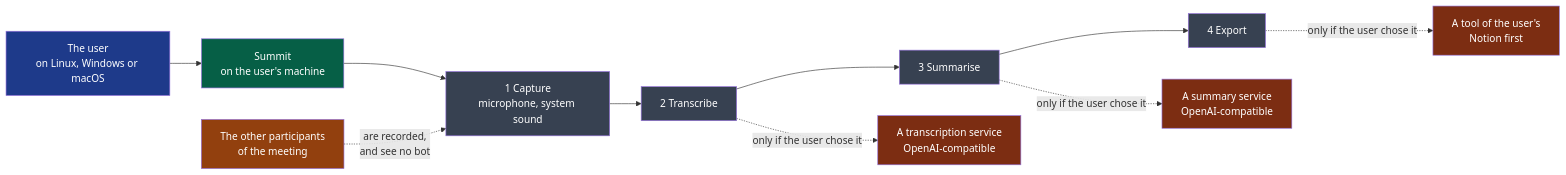
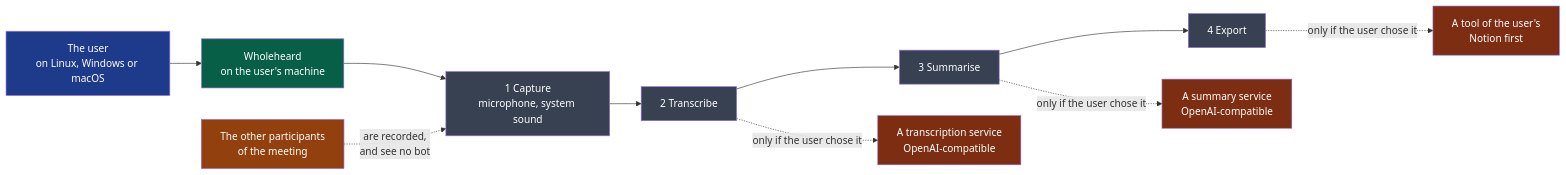
Before and after one commit to NapkinStack/wholeheard: the diagram in docs/project/charter.md, drawn with Mermaid. The commit also changed other lines of this file and 2 other files, not shown here.

First line of the commit message:
D28 — the repository's pages say Wholeheard

````diff
--- a/docs/project/charter.md
+++ b/docs/project/charter.md
@@ -18,15 +20,15 @@
 ```mermaid
 flowchart LR
-    U["The user<br/>on Linux, Windows or macOS"]:::user --> S["Summit<br/>on the user's machine"]:::product
+    U["The user<br/>on Linux, Windows or macOS"]:::user --> S["Wholeheard<br/>on the user's machine"]:::product
     S --> C["1 Capture<br/>microphone, system sound"]:::step --> T["2 Transcribe"]:::step --> R["3 Summarise"]:::step --> E["4 Export"]:::step
     T -. "only if the user chose it" .-> P1["A transcription service<br/>OpenAI-compatible"]:::out
     R -. "only if the user chose it" .-> P2["A summary service<br/>OpenAI-compatible"]:::out
     E -. "only if the user chose it" .-> P3["A tool of the user's<br/>Notion first"]:::out
     O["The other participants<br/>of the meeting"]:::other -. "are recorded,<br/>and see no bot" .-> C
 
     classDef user fill:#1e3a8a,color:#fff
     classDef product fill:#065f46,color:#fff
     classDef step fill:#374151,color:#fff
     classDef out fill:#7c2d12,color:#fff
     classDef other fill:#92400e,color:#fff
 ```
````
